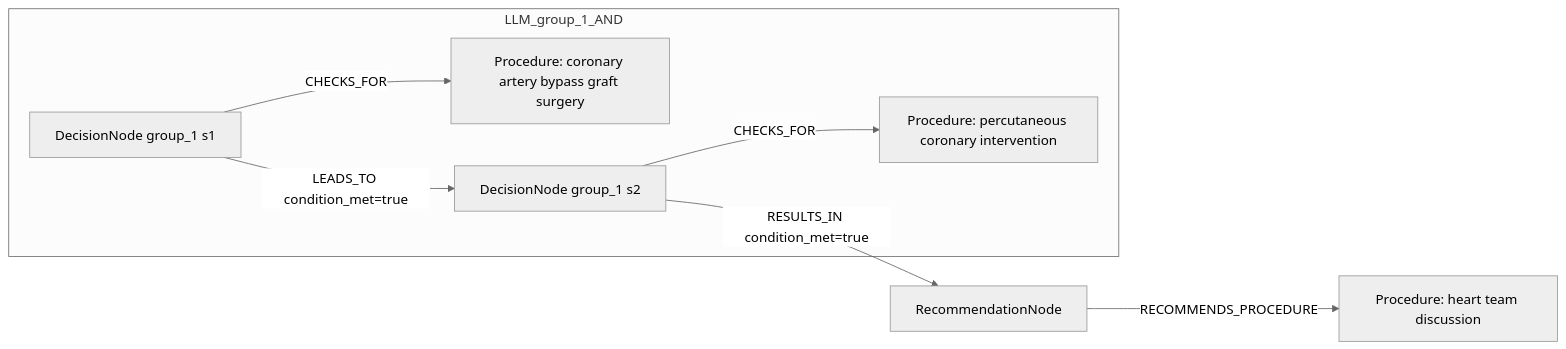
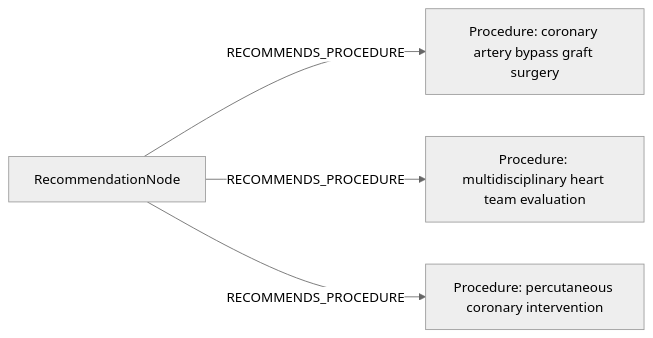
Before and after one commit to dieterich-lab/CardioGuidelinesGraph: the second of 2 diagrams in docs/table22_rows_comparison/row_02.md, drawn with Mermaid (neutral theme). The commit also changed other lines of this file and 20 other files, not shown here.

````diff
--- a/docs/table22_rows_comparison/row_02.md
+++ b/docs/table22_rows_comparison/row_02.md
@@ -244,16 +146,10 @@
 ```mermaid
 graph LR
   REC[RecommendationNode]
-  ACT1[Procedure: heart team discussion]
+  ACT1[Procedure: coronary artery bypass graft surgery]
   REC -->|RECOMMENDS_PROCEDURE| ACT1
-  subgraph LLM_group_1_AND
-    D_group_1_1[DecisionNode group_1 s1]
-    C_group_1_1[Procedure: coronary artery bypass graft surgery]
-    D_group_1_1 -->|CHECKS_FOR| C_group_1_1
-    D_group_1_2[DecisionNode group_1 s2]
-    C_group_1_2[Procedure: percutaneous coronary intervention]
-    D_group_1_2 -->|CHECKS_FOR| C_group_1_2
-    D_group_1_1 -->|LEADS_TO condition_met=true| D_group_1_2
-  end
-  D_group_1_2 -->|RESULTS_IN condition_met=true| REC
+  ACT2[Procedure: multidisciplinary heart team evaluation]
+  REC -->|RECOMMENDS_PROCEDURE| ACT2
+  ACT3[Procedure: percutaneous coronary intervention]
+  REC -->|RECOMMENDS_PROCEDURE| ACT3
 ```
````
